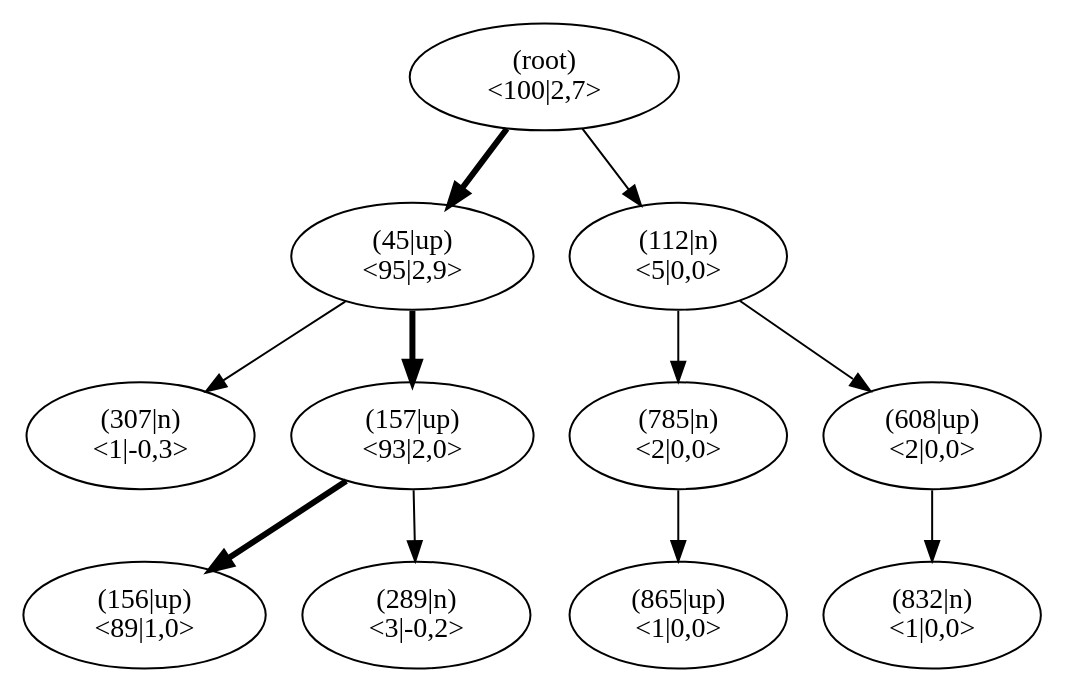
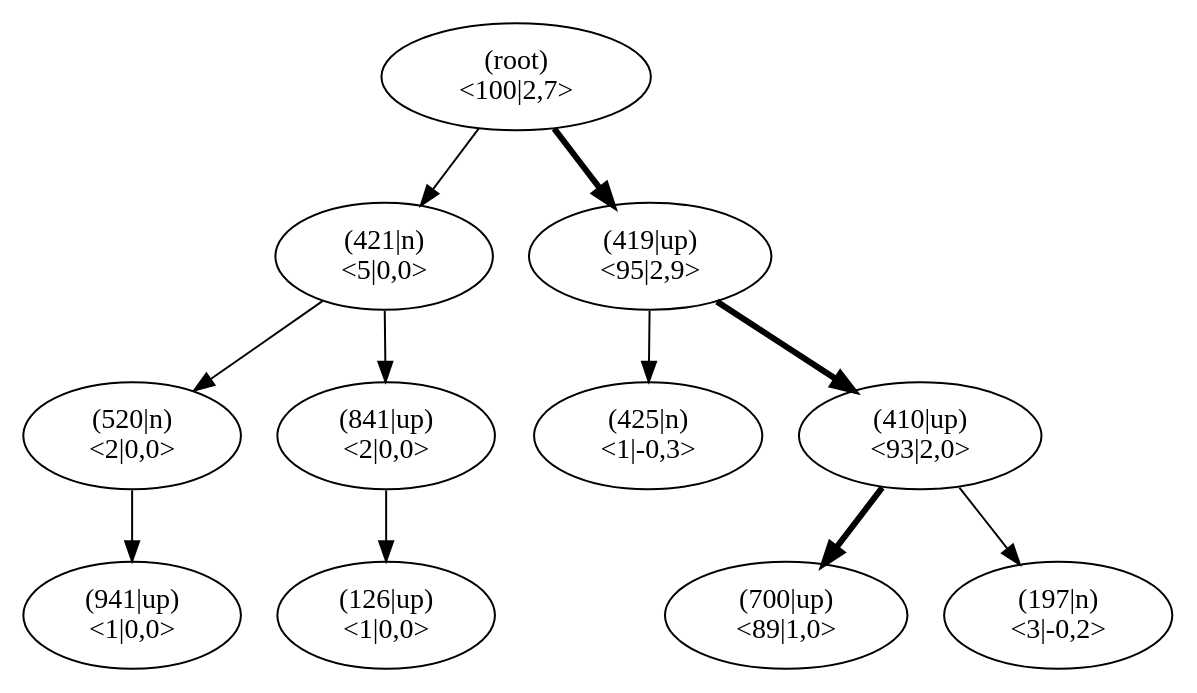
Before and after one commit to JonasHellgren/relexp-java: the diagram in pictures/ch13/jumper_test_mcts.dot, drawn with Graphviz. The commit also changed 54 other files, not shown here.

```diff
--- a/pictures/ch13/jumper_test_mcts.dot
+++ b/pictures/ch13/jumper_test_mcts.dot
@@ -1,35 +1,35 @@
 digraph MCTS {
 node [shape=ellipse];
 Nroot [label="(root)
 <100|2,7>"];
-Nroot -> N45[penwidth=3];
-N45 [label="(45|up)
+Nroot -> N421[penwidth=1];
+N421 [label="(421|n)
+<5|0,0>"];
+N421 -> N520[penwidth=1];
+N520 [label="(520|n)
+<2|0,0>"];
+N520 -> N941[penwidth=1];
+N941 [label="(941|up)
+<1|0,0>"];
+N421 -> N841[penwidth=1];
+N841 [label="(841|up)
+<2|0,0>"];
+N841 -> N126[penwidth=1];
+N126 [label="(126|up)
+<1|0,0>"];
+Nroot -> N419[penwidth=3];
+N419 [label="(419|up)
 <95|2,9>"];
-N45 -> N307[penwidth=1];
-N307 [label="(307|n)
+N419 -> N425[penwidth=1];
+N425 [label="(425|n)
 <1|-0,3>"];
-N45 -> N157[penwidth=3];
-N157 [label="(157|up)
+N419 -> N410[penwidth=3];
+N410 [label="(410|up)
 <93|2,0>"];
-N157 -> N156[penwidth=3];
-N156 [label="(156|up)
+N410 -> N700[penwidth=3];
+N700 [label="(700|up)
 <89|1,0>"];
-N157 -> N289[penwidth=1];
-N289 [label="(289|n)
+N410 -> N197[penwidth=1];
+N197 [label="(197|n)
 <3|-0,2>"];
-Nroot -> N112[penwidth=1];
-N112 [label="(112|n)
-<5|0,0>"];
-N112 -> N785[penwidth=1];
-N785 [label="(785|n)
-<2|0,0>"];
-N785 -> N865[penwidth=1];
-N865 [label="(865|up)
-<1|0,0>"];
-N112 -> N608[penwidth=1];
-N608 [label="(608|up)
-<2|0,0>"];
-N608 -> N832[penwidth=1];
-N832 [label="(832|n)
-<1|0,0>"];
 }
```
